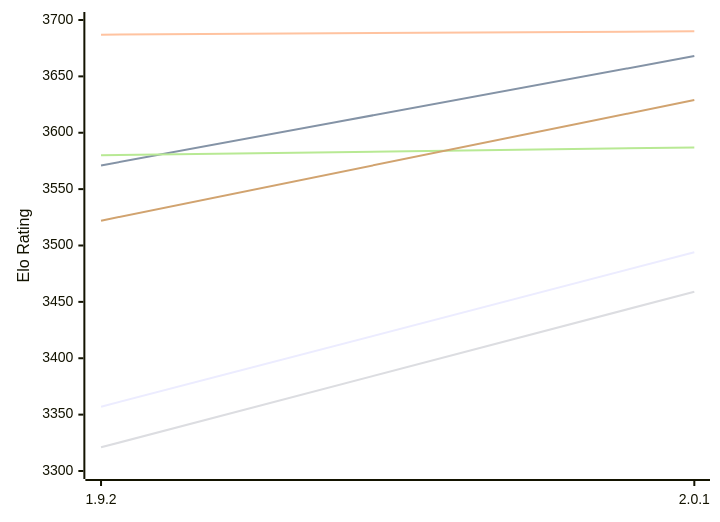
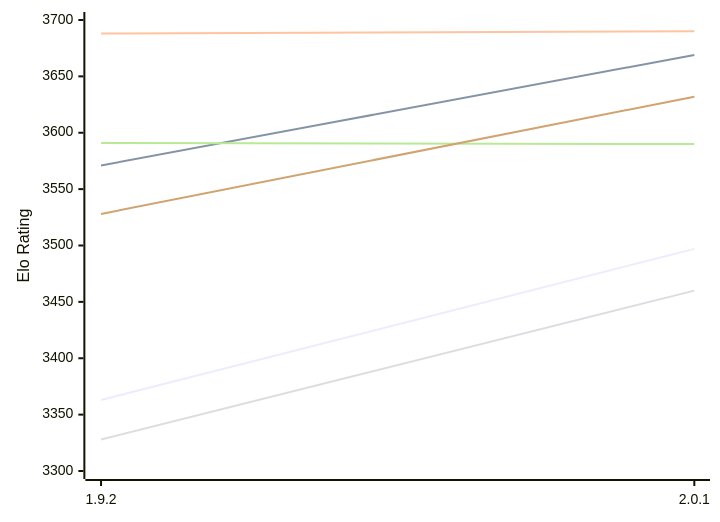
The first of 2 diagrams in engines/Pawnocchio.md (computer-chess-index/cci), drawn with Mermaid before and after one commit. The commit also changed other lines of this file, not shown here.

Commit message:
Update CCI Ratings (ELO VLTC) - 2026-11-17

````diff
--- a/engines/Pawnocchio.md
+++ b/engines/Pawnocchio.md
@@ -52,12 +52,12 @@
 ```mermaid
 %%{init: {"theme":"base","themeVariables":{"seriesColors:['#a3a3a3','#222221','#faa371']}}}%%
 xychart-beta
   x-axis ["1.9.2", "2.0.1"]
   y-axis "Elo Rating" 3300 --> 3700
-  line "E1: STC (8.0+0.08s)" [3357, 3494]
-  line "E1: LTC (60.0+0.60s)" [3571, 3668]
-  line "E1: VLTC (2m24s+1.12s)" [3687, 3690]
-  line "P1: STC (8.0+0.08s)" [3321, 3459]
-  line "P1: LTC (60.0+0.60s)" [3580, 3587]
-  line "P1: VLTC (2m24s+1.12s)" [3522, 3629]
+  line "E1: STC (8.0+0.08s)" [3363, 3497]
+  line "E1: LTC (60.0+0.60s)" [3571, 3669]
+  line "E1: VLTC (2m24s+1.12s)" [3688, 3690]
+  line "P1: STC (8.0+0.08s)" [3328, 3460]
+  line "P1: LTC (60.0+0.60s)" [3591, 3590]
+  line "P1: VLTC (2m24s+1.12s)" [3528, 3632]
 ```
````
